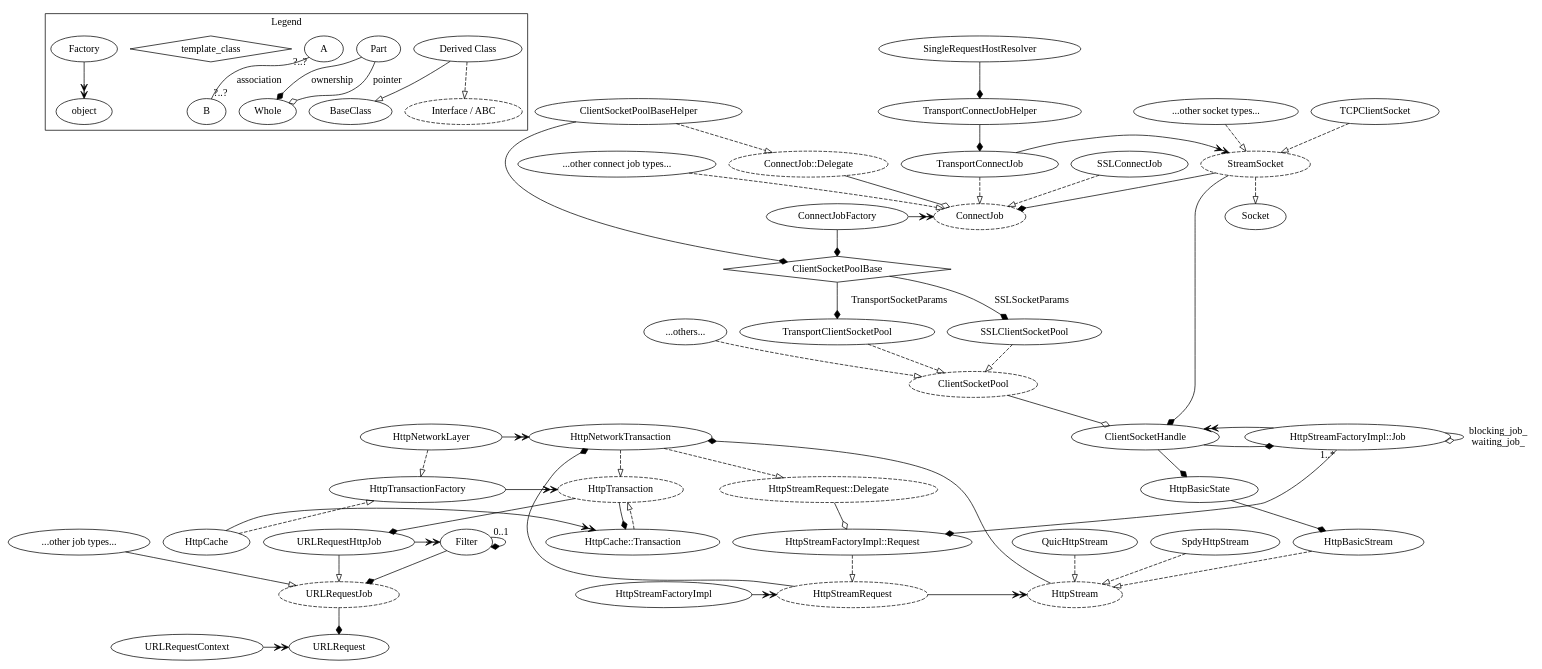
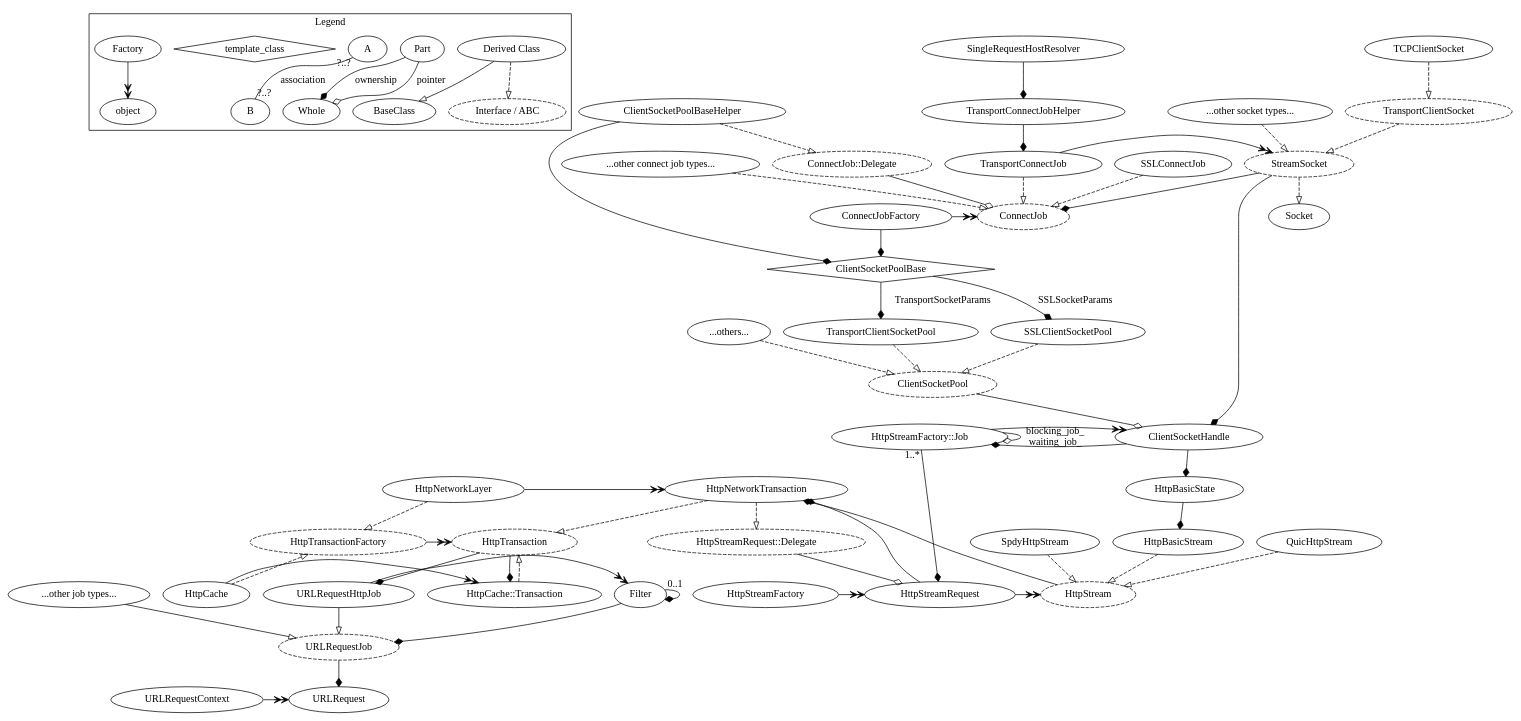
Before and after one commit to youtube/cobalt: the diagram in docs/url_request.dot, drawn with Graphviz. The commit also changed 5523 other files, not shown here.

```diff
--- a/docs/url_request.dot
+++ b/docs/url_request.dot
@@ -1,186 +1,188 @@
 digraph URLRequestRoot {
     subgraph cluster_legend {
 	label="Legend";
 
 	## The following legend is an attempt to match UML notation,
 	## except for template_class and Factory->object, which are
 	## invented for this diagram.
 	BaseClass;
 	SubClass [label="Derived Class"];
 	Whole;
 	Part;
 	A;
 	B;
 	Interface [label="Interface / ABC", style=dashed];
 	template_class [shape=diamond]; # Link will name parameter(s)
 
 	SubClass -> BaseClass [arrowhead="empty"];
 	SubClass -> Interface [arrowhead="empty", style=dashed];
 	Part -> Whole [arrowhead="diamond", label="ownership"];
 	Part -> Whole [arrowhead="odiamond", label="pointer"];
 	A -> B [arrowhead="none", headlabel="?..?", taillabel="?..?",
 		label="association"];
 	// Often a "subgraph { rank=same; .. }" is used to wrap the
 	// below to make the generative relationship distinctive
 	// from the other class relationships.
 	Factory -> object [arrowhead=veevee];
     };
 
     ## URLRequest, URLRequestJob, and subclasses
     URLRequestContext;
     URLRequest;
     URLRequestJob [style=dashed];
     URLRequestJob_Others [label="...other job types..."];
     URLRequestHttpJob;
     Filter;
 
     {URLRequestHttpJob, URLRequestJob_Others} -> URLRequestJob
 	[arrowhead="empty"];
 
     URLRequestJob -> URLRequest [arrowhead="diamond"];
     Filter -> URLRequestJob [arrowhead="diamond"];
     Filter -> Filter [arrowhead="diamond", taillabel="0..1"];
 
     subgraph {
 	rank=same;
 	URLRequestContext -> URLRequest [arrowhead=veevee];
     }
     subgraph {
 	rank=same;
 	URLRequestHttpJob -> Filter [arrowhead=veevee];
     }
 
 
     ## HttpTransaction, subclasses, and generative classes.
-    HttpTransactionFactory;
+    HttpTransactionFactory [style=dashed];
     HttpCache;
     HttpNetworkLayer;
     HttpTransaction [style=dashed];
     HttpCache_Transaction [label="HttpCache::Transaction"];
     HttpNetworkTransaction;
 
     { HttpNetworkTransaction, HttpCache_Transaction } -> HttpTransaction
 	[style=dashed, arrowhead="empty"];
     { HttpNetworkLayer, HttpCache } -> HttpTransactionFactory
 	[arrowhead=empty, style=dashed];
 
     HttpTransaction -> HttpCache_Transaction  [arrowhead=diamond];
     HttpTransaction -> URLRequestHttpJob [arrowhead="diamond"]
 
     subgraph {
 	rank=same;
 	HttpCache -> HttpCache_Transaction [arrowhead=veevee];
     }
     subgraph {
 	rank=same;
 	HttpTransactionFactory -> HttpTransaction [arrowhead=veevee];
     }
     subgraph {
 	rank=same;
 	HttpNetworkLayer -> HttpNetworkTransaction [arrowhead=veevee];
     }
 
     ## HttpStreamFactory and related.
-    HttpStreamFactoryImpl;
-    HttpStreamRequest [style=dashed];
+    HttpStreamFactory;
+    HttpStreamRequest;
     HttpStream [style=dashed];
-    HttpStreamFactoryImpl_Request [label="HttpStreamFactoryImpl::Request"];
-    HttpStreamFactoryImpl_Job [label="HttpStreamFactoryImpl::Job"];
+    HttpStreamFactory_Job [label="HttpStreamFactory::Job"];
     HttpStreamRequest_Delegate
 	[label="HttpStreamRequest::Delegate",style=dashed];
     HttpBasicStream;
     QuicHttpStream;
     SpdyHttpStream;
     HttpBasicState;
 
     HttpNetworkTransaction -> HttpStreamRequest_Delegate
 	[style=dashed, arrowhead="empty"];
-    HttpStreamFactoryImpl_Request -> HttpStreamRequest
-	[style=dashed, arrowhead="empty"];
     { HttpBasicStream, QuicHttpStream, SpdyHttpStream } -> HttpStream
 	[style=dashed, arrowhead="empty"];
 
     HttpStreamRequest -> HttpNetworkTransaction [arrowhead="diamond"];
     HttpStream -> HttpNetworkTransaction [arrowhead="diamond"];
     HttpBasicState -> HttpBasicStream [arrowhead=diamond];
-    HttpStreamFactoryImpl_Job -> HttpStreamFactoryImpl_Request
+    HttpStreamFactory_Job -> HttpStreamRequest
 	[arrowhead="diamond",taillabel="1..*"];
 
-    HttpStreamRequest_Delegate -> HttpStreamFactoryImpl_Request
+    HttpStreamRequest_Delegate -> HttpStreamRequest
         [arrowhead=odiamond];
-    HttpStreamFactoryImpl_Job -> HttpStreamFactoryImpl_Job
+    HttpStreamFactory_Job -> HttpStreamFactory_Job
         [arrowhead=odiamond, label="blocking_job_\nwaiting_job_"];
 
     subgraph {
 	rank=same;
-	HttpStreamFactoryImpl -> HttpStreamRequest [arrowhead=veevee];
+	HttpStreamFactory -> HttpStreamRequest [arrowhead=veevee];
     }
     subgraph {
 	rank=same;
 	HttpStreamRequest -> HttpStream [arrowhead=veevee];
     }
 
     ## ClientSocketHandle and socket pools.
     ClientSocketPool [style=dashed];
     TransportClientSocketPool;
     SSLClientSocketPool;
     ClientSocketPool_Others [label="...others..."];
     ClientSocketPoolBase [label="ClientSocketPoolBase", shape=diamond];
     ClientSocketPoolBaseHelper;
 
     ConnectJobFactory;
     ConnectJob [style=dashed];
     TransportConnectJob;
     SSLConnectJob;
     ConnectJob_Others [label="...other connect job types..."];
     ConnectJob_Delegate [label="ConnectJob::Delegate",style=dashed];
 
     StreamSocket [style=dashed];
+    TransportClientSocket [style=dashed];
     TCPClientSocket;
     StreamSocket_Others [label="...other socket types..."];
 
     TransportConnectJobHelper;
     SingleRequestHostResolver;
 
     { SSLClientSocketPool, TransportClientSocketPool,
       ClientSocketPool_Others} -> ClientSocketPool
 	[style=dashed, arrowhead=empty];
     ClientSocketPoolBaseHelper -> ConnectJob_Delegate
 	[arrowhead=empty, style=dashed];
     StreamSocket -> Socket [arrowhead=empty, style=dashed];
-    { TCPClientSocket, StreamSocket_Others } -> StreamSocket
+    TCPClientSocket -> TransportClientSocket
+        [arrowhead=empty, style=dashed];
+    TransportClientSocket -> StreamSocket
+        [arrowhead=empty, style=dashed];
+    StreamSocket_Others -> StreamSocket
 	[arrowhead=empty, style=dashed];
     {SSLConnectJob, TransportConnectJob, ConnectJob_Others} -> ConnectJob
 	[style=dashed, arrowhead=empty];
 
-    ClientSocketHandle -> HttpStreamFactoryImpl_Job [arrowhead="diamond"];
+    ClientSocketHandle -> HttpStreamFactory_Job [arrowhead="diamond"];
     ClientSocketHandle -> HttpBasicState [arrowhead="diamond"];
     ClientSocketPoolBaseHelper -> ClientSocketPoolBase [arrowhead=diamond];
     ClientSocketPoolBase -> TransportClientSocketPool
 	[arrowhead=diamond, label=TransportSocketParams];
     ClientSocketPoolBase -> SSLClientSocketPool
 	[arrowhead=diamond, label=SSLSocketParams];
 
     StreamSocket -> ClientSocketHandle [arrowhead=diamond];
     ConnectJobFactory -> ClientSocketPoolBase [arrowhead=diamond];
     StreamSocket -> ConnectJob [arrowhead=diamond];
     SingleRequestHostResolver -> TransportConnectJobHelper
 	[arrowhead=diamond];
     TransportConnectJobHelper -> TransportConnectJob [arrowhead=diamond];
 
     ClientSocketPool -> ClientSocketHandle  [arrowhead=odiamond];
     ConnectJob_Delegate -> ConnectJob  [arrowhead=odiamond];
 
     subgraph {
 	rank=same;
 	ConnectJobFactory -> ConnectJob [arrowhead=veevee];
     }
     subgraph {
 	rank=same;
-	HttpStreamFactoryImpl_Job -> ClientSocketHandle [arrowhead=veevee];
+	HttpStreamFactory_Job -> ClientSocketHandle [arrowhead=veevee];
     }
     subgraph {
         rank=same;
 	TransportConnectJob -> StreamSocket [arrowhead=veevee];
     }
 }
```
